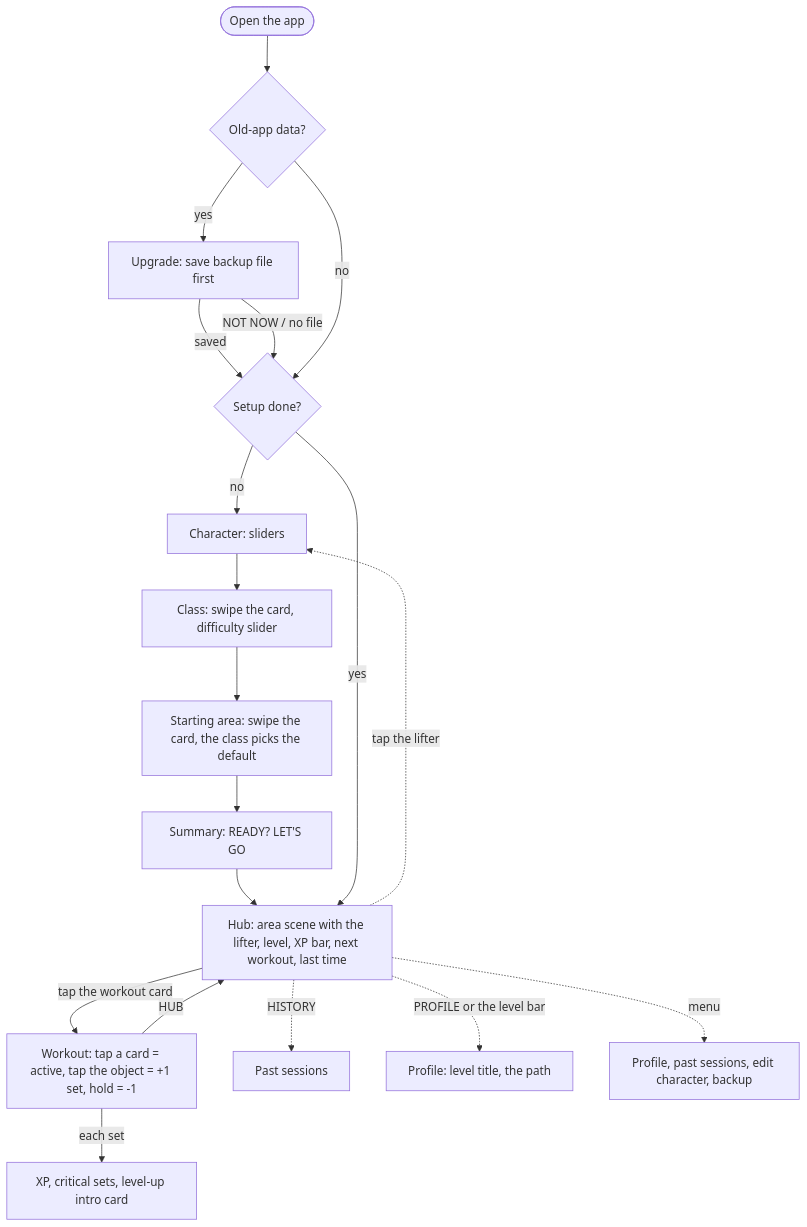
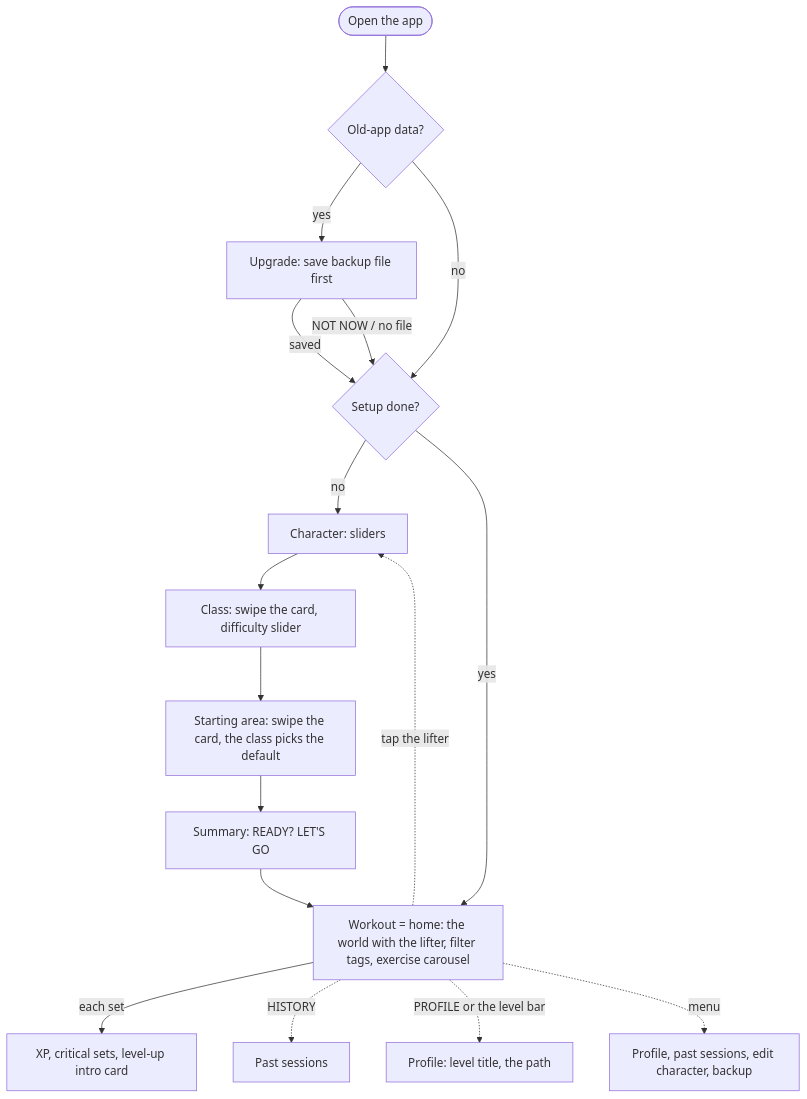
Before and after one commit to alex-antohi/pumplex: the diagram in docs/app-flow.md, drawn with Mermaid. The commit also changed other lines of this file and 7 other files, not shown here.

First line of the commit message:
No hub: the workout is home, with filter tags and the level in the bar (D49)

````diff
--- a/docs/app-flow.md
+++ b/docs/app-flow.md
@@ -25,23 +25,21 @@
 ```mermaid
 flowchart TD
     launch([Open the app]) --> old{Old-app data?}
     old -- yes --> migrate[Upgrade: save backup file first]
     migrate -- saved --> setupDone
     migrate -- NOT NOW / no file --> setupDone
     old -- no --> setupDone{Setup done?}
     setupDone -- no --> char[Character: sliders]
     char --> cls[Class: swipe the card, difficulty slider]
     cls --> area[Starting area: swipe the card, the class picks the default]
     area --> summary[Summary: READY? LET'S GO]
-    summary --> hub
-    setupDone -- yes --> hub[Hub: area scene with the lifter, level, XP bar, next workout, last time]
+    summary --> work
+    setupDone -- yes --> work[Workout = home: the world with the lifter, filter tags, exercise carousel]
 
-    hub -- tap the workout card --> work[Workout: tap a card = active, tap the object = +1 set, hold = -1]
     work -- each set --> xp[XP, critical sets, level-up intro card]
-    work -- HUB --> hub
 
-    hub -. HISTORY .-> history[Past sessions]
-    hub -. PROFILE or the level bar .-> profile[Profile: level title, the path]
-    hub -. tap the lifter .-> char
-    hub -. menu .-> menu[Profile, past sessions, edit character, backup]
+    work -. HISTORY .-> history[Past sessions]
+    work -. PROFILE or the level bar .-> profile[Profile: level title, the path]
+    work -. tap the lifter .-> char
+    work -. menu .-> menu[Profile, past sessions, edit character, backup]
 ```
````
